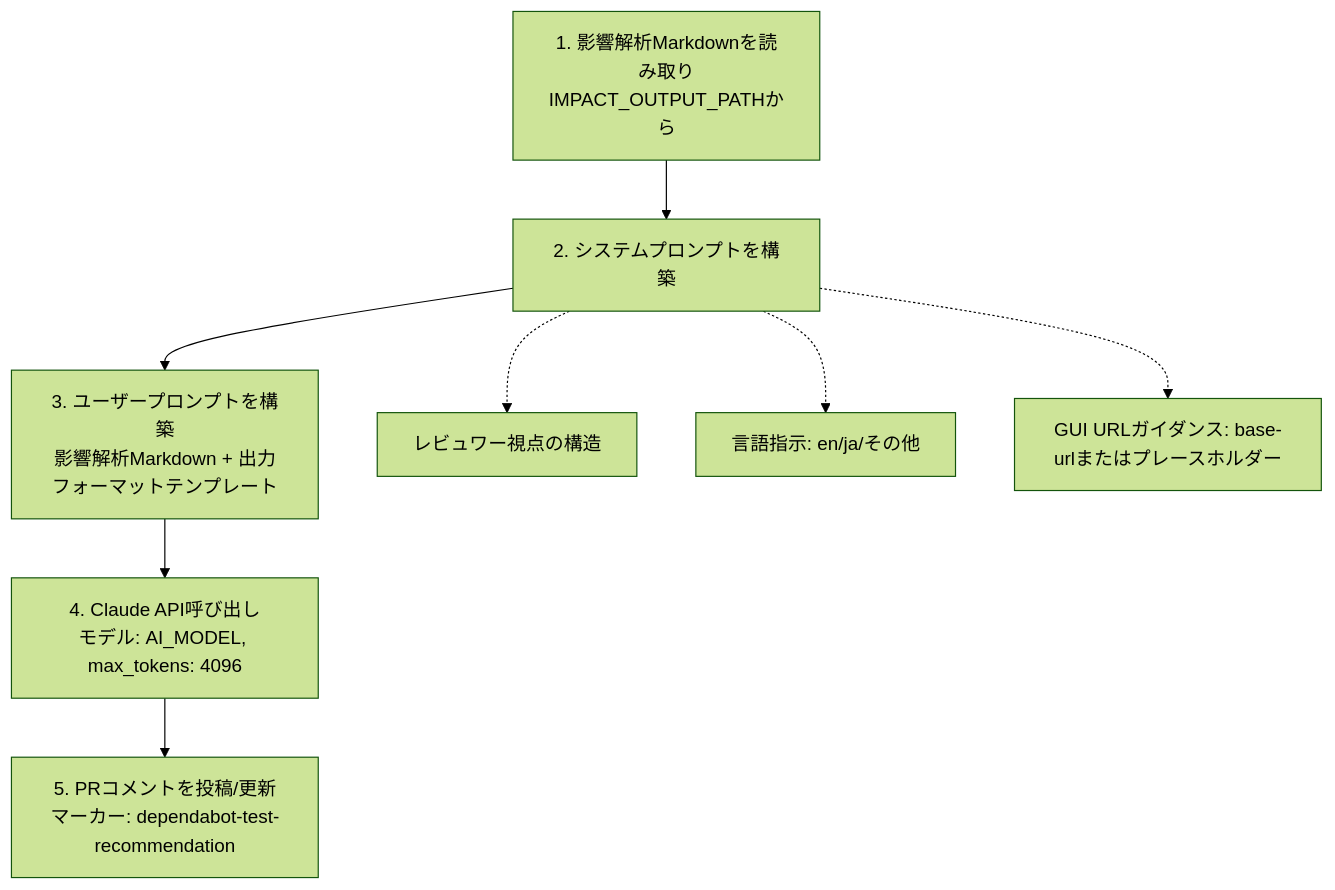
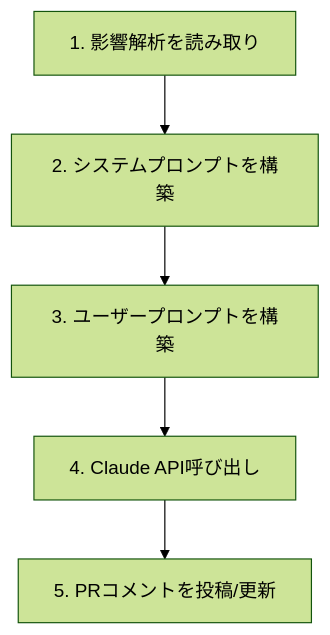
The third of 4 diagrams in docs/design.ja.md (nokki-y/dependabot-insight), drawn with Mermaid (forest theme) before and after one commit. The commit also changed other lines of this file and 3 other files, not shown here.

First line of the commit message:
Simplify all Mermaid diagrams: short labels + detail tables

````diff
--- a/docs/design.ja.md
+++ b/docs/design.ja.md
@@ -147,11 +156,7 @@
 ```mermaid
 flowchart TD
-    T1[1. 影響解析Markdownを読み取り<br>IMPACT_OUTPUT_PATHから] --> T2[2. システムプロンプトを構築]
-    T2 --> T3[3. ユーザープロンプトを構築<br>影響解析Markdown + 出力フォーマットテンプレート]
-    T3 --> T4[4. Claude API呼び出し<br>モデル: AI_MODEL, max_tokens: 4096]
-    T4 --> T5[5. PRコメントを投稿/更新<br>マーカー: dependabot-test-recommendation]
-
-    T2 -.-> T2A[レビュワー視点の構造]
-    T2 -.-> T2B[言語指示: en/ja/その他]
-    T2 -.-> T2C[GUI URLガイダンス: base-urlまたはプレースホルダー]
+    T1[1. 影響解析を読み取り] --> T2[2. システムプロンプトを構築]
+    T2 --> T3[3. ユーザープロンプトを構築]
+    T3 --> T4[4. Claude API呼び出し]
+    T4 --> T5[5. PRコメントを投稿/更新]
 ```
````
